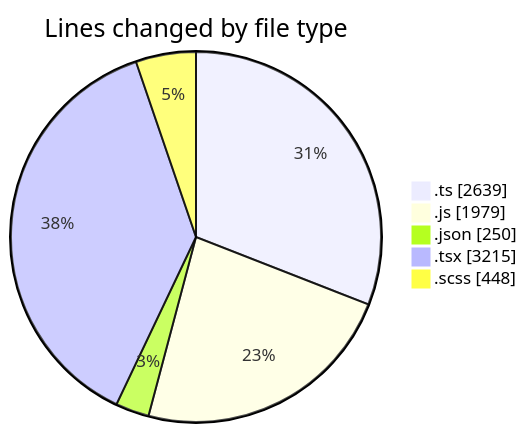
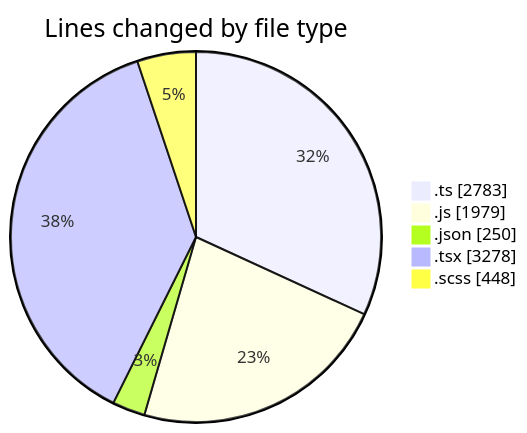
The first of 2 diagrams in 2026-06-18/cda/README.md (momahboobian/code-tracking), drawn with Mermaid before and after one commit. The commit also changed other lines of this file and 1 other file, not shown here.

````diff
--- a/2026-06-18/cda/README.md
+++ b/2026-06-18/cda/README.md
@@ -62,9 +64,9 @@
 ```mermaid
 pie showData
 title Lines changed by file type
-".ts" : 2639
+".ts" : 2783
 ".js" : 1979
 ".json" : 250
-".tsx" : 3215
+".tsx" : 3278
 ".scss" : 448
 ```
````
